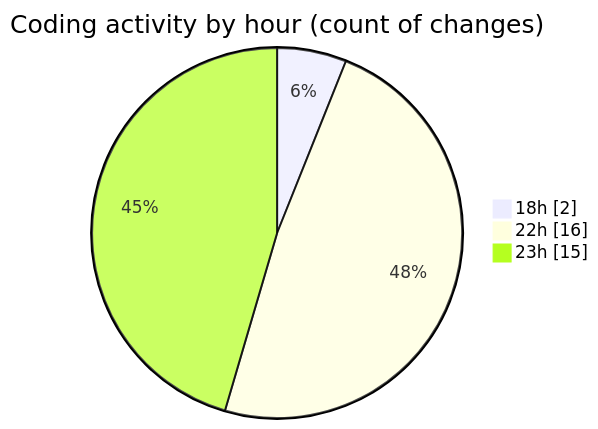
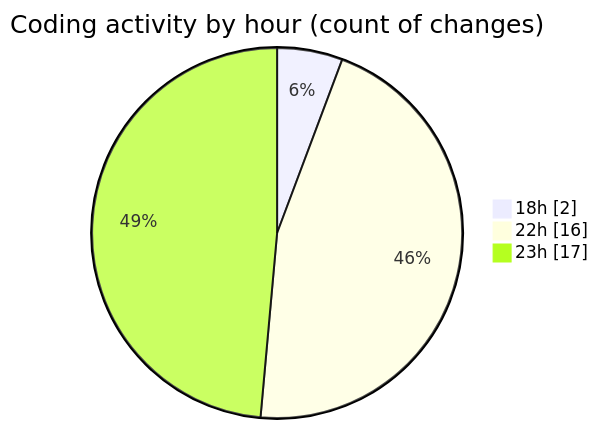
One commit to julien-gomy/code-tracking changed the second of 2 diagrams in 2025-11-17/cdp_aleoudev_fr__workspace_/README.md. Above: the diagram before and after it, drawn with Mermaid. The commit also changed other lines of this file and 1 other file, not shown here.

````diff
--- a/2025-11-17/cdp_aleoudev_fr__workspace_/README.md
+++ b/2025-11-17/cdp_aleoudev_fr__workspace_/README.md
@@ -41,7 +42,7 @@
 ```mermaid
 pie showData
 title Coding activity by hour (count of changes)
 "18h" : 2
 "22h" : 16
-"23h" : 15
+"23h" : 17
 ```
````
